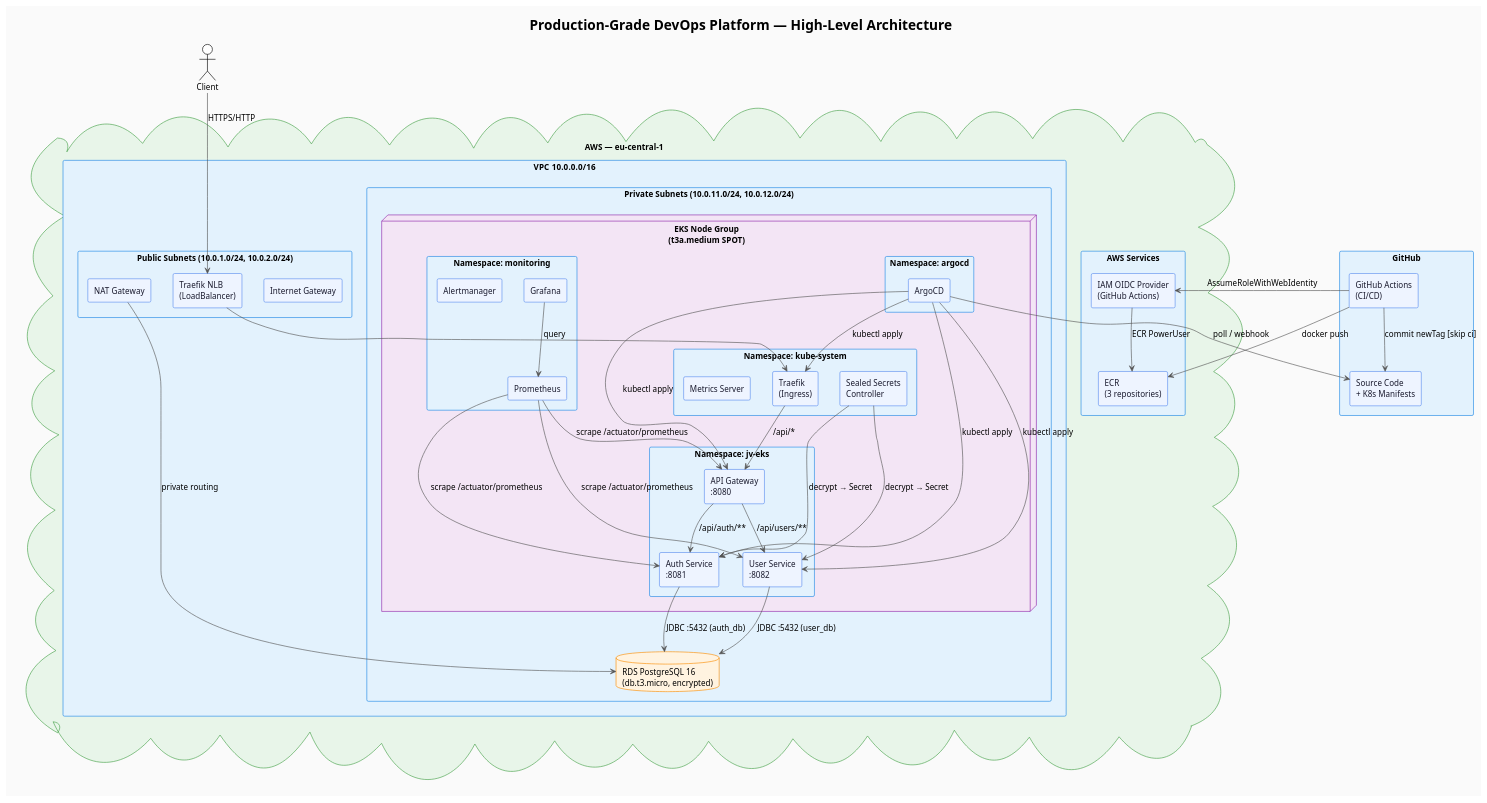
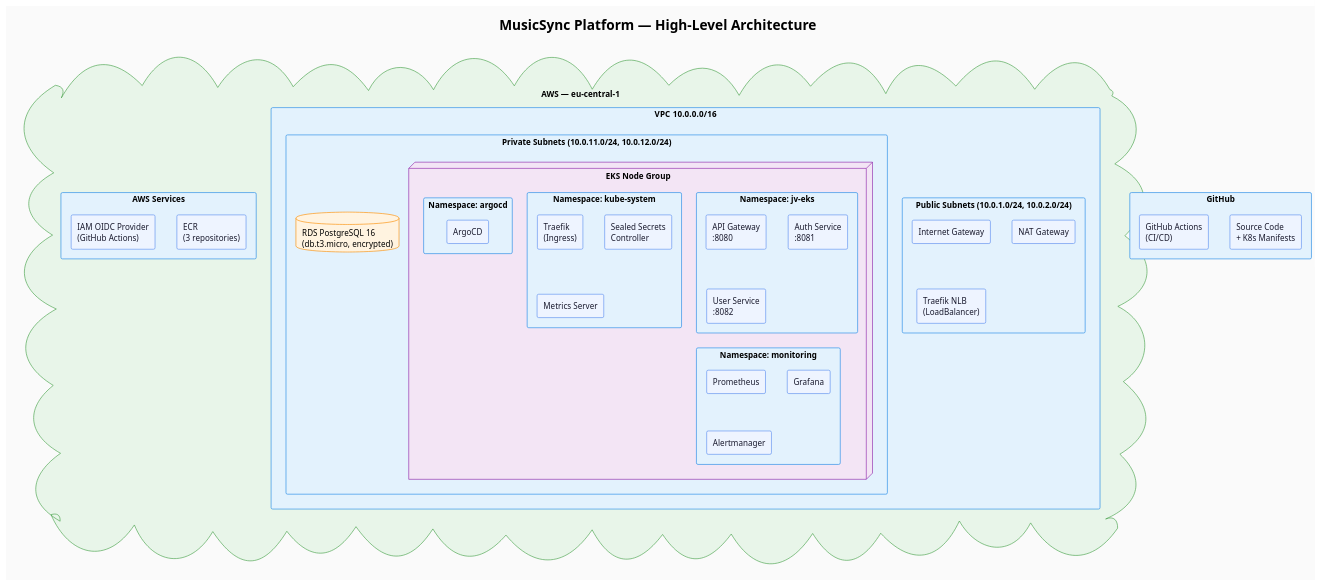
Before and after one commit to georgesMouawad/jv-eks: the diagram in docs/diagrams/architecture.puml, drawn with PlantUML. The commit also changed 9 other files, not shown here.

Commit message:
doc: restructure documentation and diagrams including new architecture and deployment flow visuals

```diff
--- a/docs/diagrams/architecture.puml
+++ b/docs/diagrams/architecture.puml
@@ -1,120 +1,120 @@
 @startuml architecture
 !theme plain
 skinparam backgroundColor #FAFAFA
 skinparam defaultFontName "Helvetica"
 skinparam defaultFontSize 13
 skinparam ArrowColor #555555
 skinparam componentStyle rectangle
 
 skinparam component {
     BackgroundColor #EEF4FF
     BorderColor #5B8DEF
     FontColor #1A1A2E
 }
 skinparam database {
     BackgroundColor #FFF3E0
     BorderColor #FB8C00
 }
 skinparam cloud {
     BackgroundColor #E8F5E9
     BorderColor #43A047
 }
 skinparam node {
     BackgroundColor #F3E5F5
     BorderColor #8E24AA
 }
 skinparam rectangle {
     BackgroundColor #E3F2FD
     BorderColor #1E88E5
 }
 
-title Production-Grade DevOps Platform — High-Level Architecture
+title MusicSync Platform — High-Level Architecture
 
-actor "Client" as client
+' actor "Client" as client
 
 cloud "AWS — eu-central-1" {
 
     rectangle "VPC  10.0.0.0/16" {
 
         rectangle "Public Subnets (10.0.1.0/24, 10.0.2.0/24)" {
             component "Internet Gateway" as igw
             component "NAT Gateway" as nat
             component "Traefik NLB\n(LoadBalancer)" as lb
         }
 
         rectangle "Private Subnets (10.0.11.0/24, 10.0.12.0/24)" {
 
-            node "EKS Node Group\n(t3a.medium SPOT)" {
+            node "EKS Node Group" {
                 rectangle "Namespace: jv-eks" {
                     component "API Gateway\n:8080" as gw
                     component "Auth Service\n:8081" as auth
                     component "User Service\n:8082" as user
                 }
                 rectangle "Namespace: kube-system" {
                     component "Traefik\n(Ingress)" as traefik
                     component "Sealed Secrets\nController" as ss
                     component "Metrics Server" as ms
                 }
                 rectangle "Namespace: argocd" {
                     component "ArgoCD" as argocd
                 }
                 rectangle "Namespace: monitoring" {
                     component "Prometheus" as prom
                     component "Grafana" as grafana
                     component "Alertmanager" as alert
                 }
             }
 
             database "RDS PostgreSQL 16\n(db.t3.micro, encrypted)" as rds
         }
     }
 
     rectangle "AWS Services" {
         component "ECR\n(3 repositories)" as ecr
         component "IAM OIDC Provider\n(GitHub Actions)" as oidc
     }
 }
 
 rectangle "GitHub" {
     component "Source Code\n+ K8s Manifests" as repo
     component "GitHub Actions\n(CI/CD)" as ci
 }
 
-' Traffic flow
-client --> lb : HTTPS/HTTP
-lb --> traefik
-traefik --> gw : /api/*
-gw --> auth : /api/auth/**
-gw --> user : /api/users/**
+' ' Traffic flow
+' client --> lb : HTTPS/HTTP
+' lb --> traefik
+' traefik --> gw : /api/*
+' gw --> auth : /api/auth/**
+' gw --> user : /api/users/**
 
-' Data
-auth --> rds : JDBC :5432 (auth_db)
-user --> rds : JDBC :5432 (user_db)
+' ' Data
+' auth --> rds : JDBC :5432 (auth_db)
+' user --> rds : JDBC :5432 (user_db)
 
-' GitOps
-ci --> ecr : docker push
-ci --> repo : commit newTag [skip ci]
-argocd --> repo : poll / webhook
-argocd --> traefik : kubectl apply
-argocd --> gw : kubectl apply
-argocd --> auth : kubectl apply
-argocd --> user : kubectl apply
+' ' GitOps
+' ci --> ecr : docker push
+' ci --> repo : commit newTag [skip ci]
+' argocd --> repo : poll / webhook
+' argocd --> traefik : kubectl apply
+' argocd --> gw : kubectl apply
+' argocd --> auth : kubectl apply
+' argocd --> user : kubectl apply
 
-' Secrets
-ss --> auth : decrypt → Secret
-ss --> user : decrypt → Secret
+' ' Secrets
+' ss --> auth : decrypt → Secret
+' ss --> user : decrypt → Secret
 
-' Observability
-prom --> auth : scrape /actuator/prometheus
-prom --> user : scrape /actuator/prometheus
-prom --> gw   : scrape /actuator/prometheus
-grafana --> prom : query
+' ' Observability
+' prom --> auth : scrape /actuator/prometheus
+' prom --> user : scrape /actuator/prometheus
+' prom --> gw   : scrape /actuator/prometheus
+' grafana --> prom : query
 
-' OIDC auth
-ci --> oidc : AssumeRoleWithWebIdentity
-oidc --> ecr : ECR PowerUser
+' ' OIDC auth
+' ci --> oidc : AssumeRoleWithWebIdentity
+' oidc --> ecr : ECR PowerUser
 
-' Egress
-nat --> rds : private routing
+' ' Egress
+' nat --> rds : private routing
 
 @enduml
```
